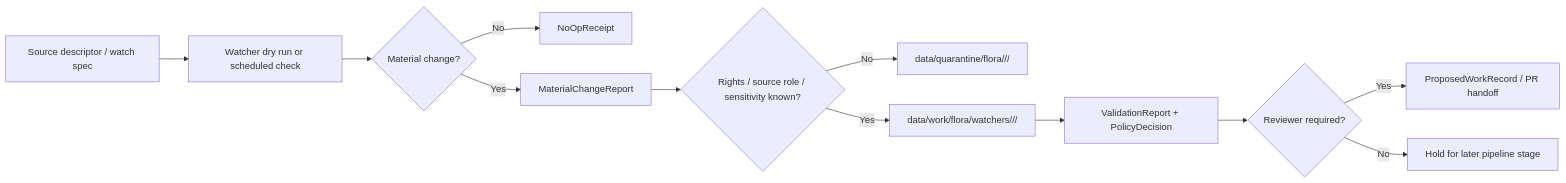
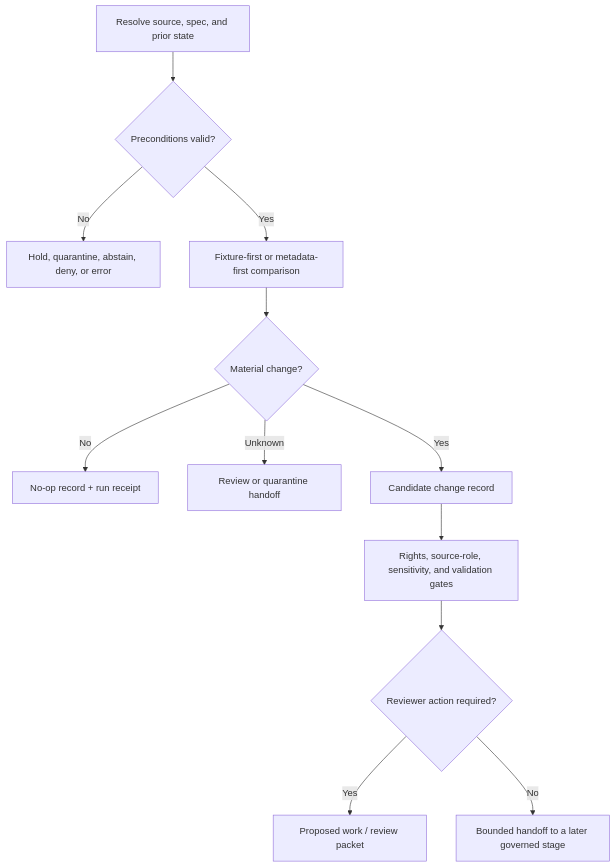
One commit to bartytime4life/Kansas-Frontier-Matrix changed the diagram in pipelines/watchers/plants/README.md. Above: the diagram before and after it, drawn with Mermaid. The commit also changed other lines of this file, not shown here.

Commit message:
docs(pipelines): upgrade plants watcher boundary

````diff
--- a/pipelines/watchers/plants/README.md
+++ b/pipelines/watchers/plants/README.md
@@ -204,14 +280,14 @@
 ```mermaid
-flowchart LR
-  A["Source descriptor / watch spec"] --> B["Watcher dry run or scheduled check"]
-  B --> C{"Material change?"}
-  C -->|No| D["NoOpReceipt"]
-  C -->|Yes| E["MaterialChangeReport"]
-  E --> F{"Rights / source role / sensitivity known?"}
-  F -->|No| G["data/quarantine/flora/<reason>/<run_id>/"]
-  F -->|Yes| H["data/work/flora/watchers/<source_id>/<run_id>/"]
-  H --> I["ValidationReport + PolicyDecision"]
-  I --> J{"Reviewer required?"}
-  J -->|Yes| K["ProposedWorkRecord / PR handoff"]
-  J -->|No| L["Hold for later pipeline stage"]
+flowchart TD
+  A["Resolve source, spec, and prior state"] --> B{"Preconditions valid?"}
+  B -->|No| C["Hold, quarantine, abstain, deny, or error"]
+  B -->|Yes| D["Fixture-first or metadata-first comparison"]
+  D --> E{"Material change?"}
+  E -->|No| F["No-op record + run receipt"]
+  E -->|Unknown| G["Review or quarantine handoff"]
+  E -->|Yes| H["Candidate change record"]
+  H --> I["Rights, source-role, sensitivity, and validation gates"]
+  I --> J{"Reviewer action required?"}
+  J -->|Yes| K["Proposed work / review packet"]
+  J -->|No| L["Bounded handoff to a later governed stage"]
 ```
````
